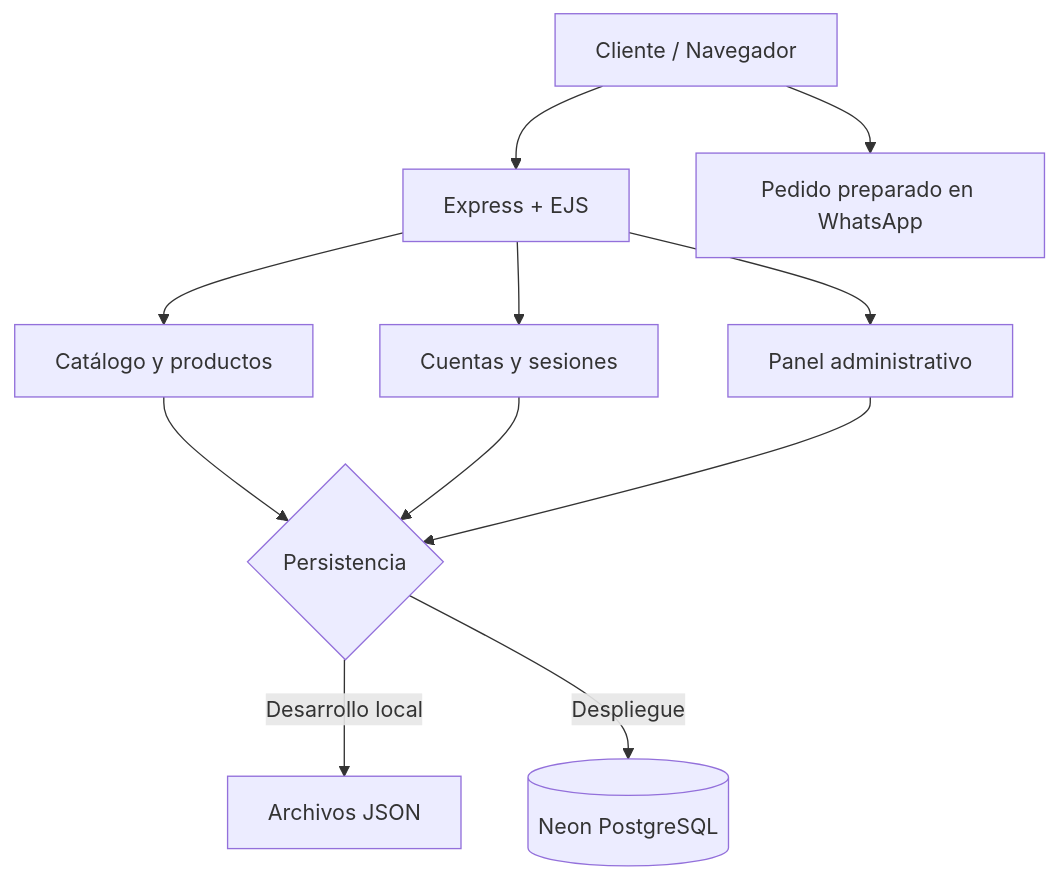
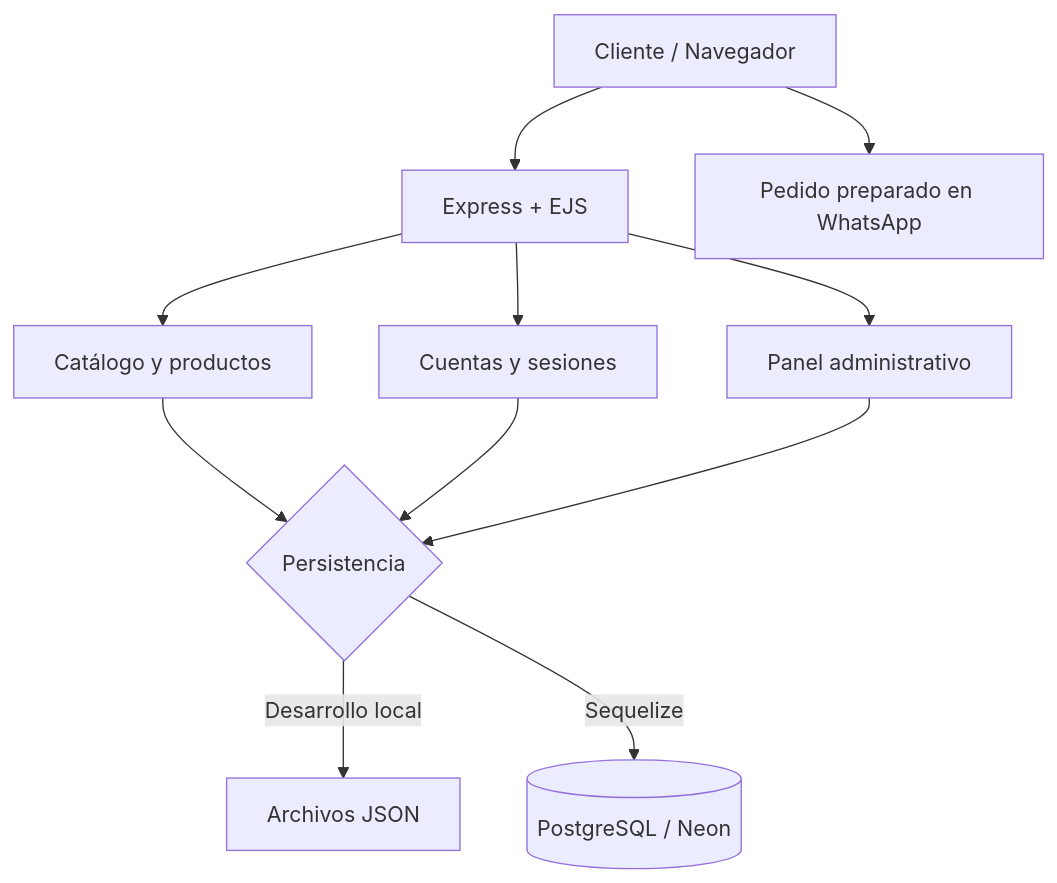
The diagram in README.md (stiven-triana-dev/VisagShop), drawn with Mermaid before and after one commit. The commit also changed other lines of this file and 44 other files, not shown here.

````diff
--- a/README.md
+++ b/README.md
@@ -66,13 +66,13 @@
 ```mermaid
 flowchart TD
     A[Cliente / Navegador] --> B[Express + EJS]
     B --> C[Catálogo y productos]
     B --> D[Cuentas y sesiones]
     B --> E[Panel administrativo]
     C --> F{Persistencia}
     D --> F
     E --> F
     F -->|Desarrollo local| G[Archivos JSON]
-    F -->|Despliegue| H[(Neon PostgreSQL)]
+    F -->|Sequelize| H[(PostgreSQL / Neon)]
     A --> I[Pedido preparado en WhatsApp]
 ```
````
